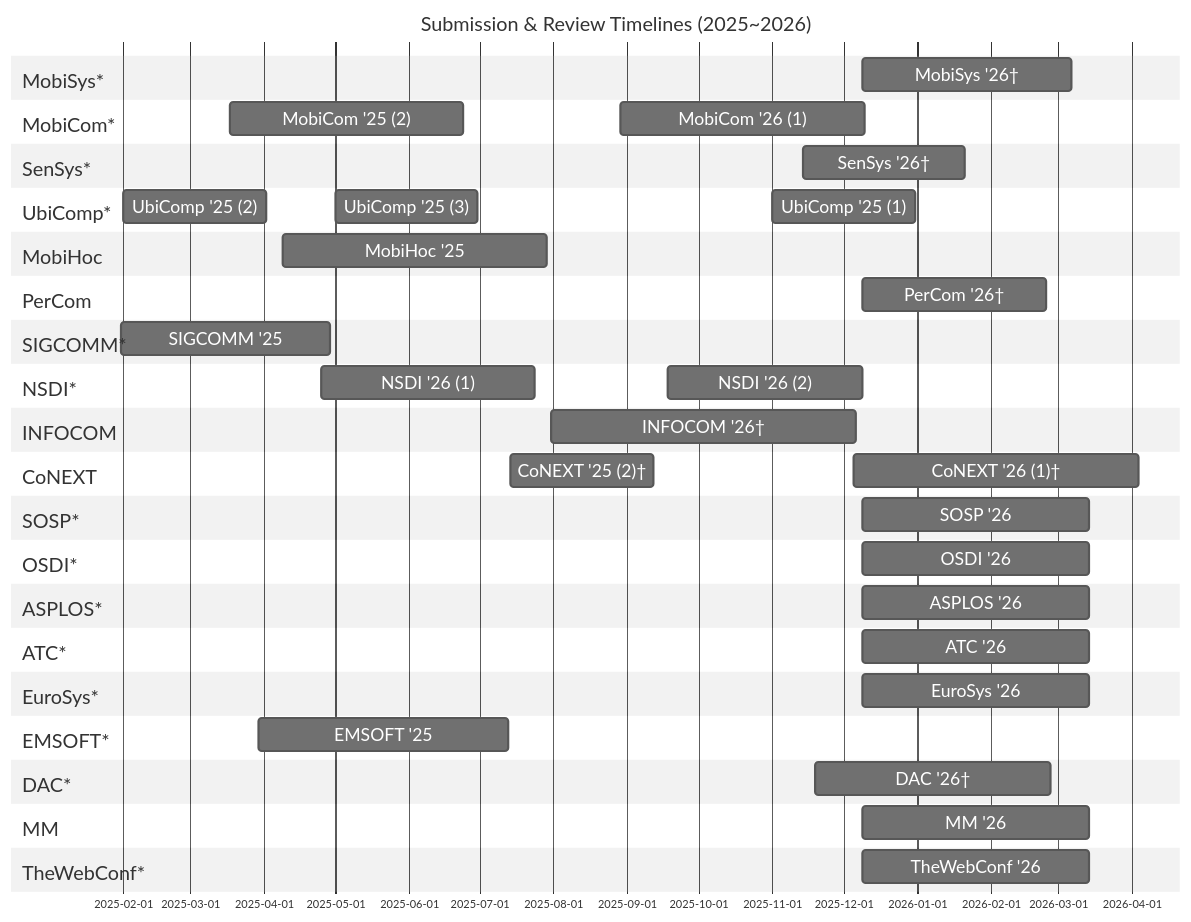
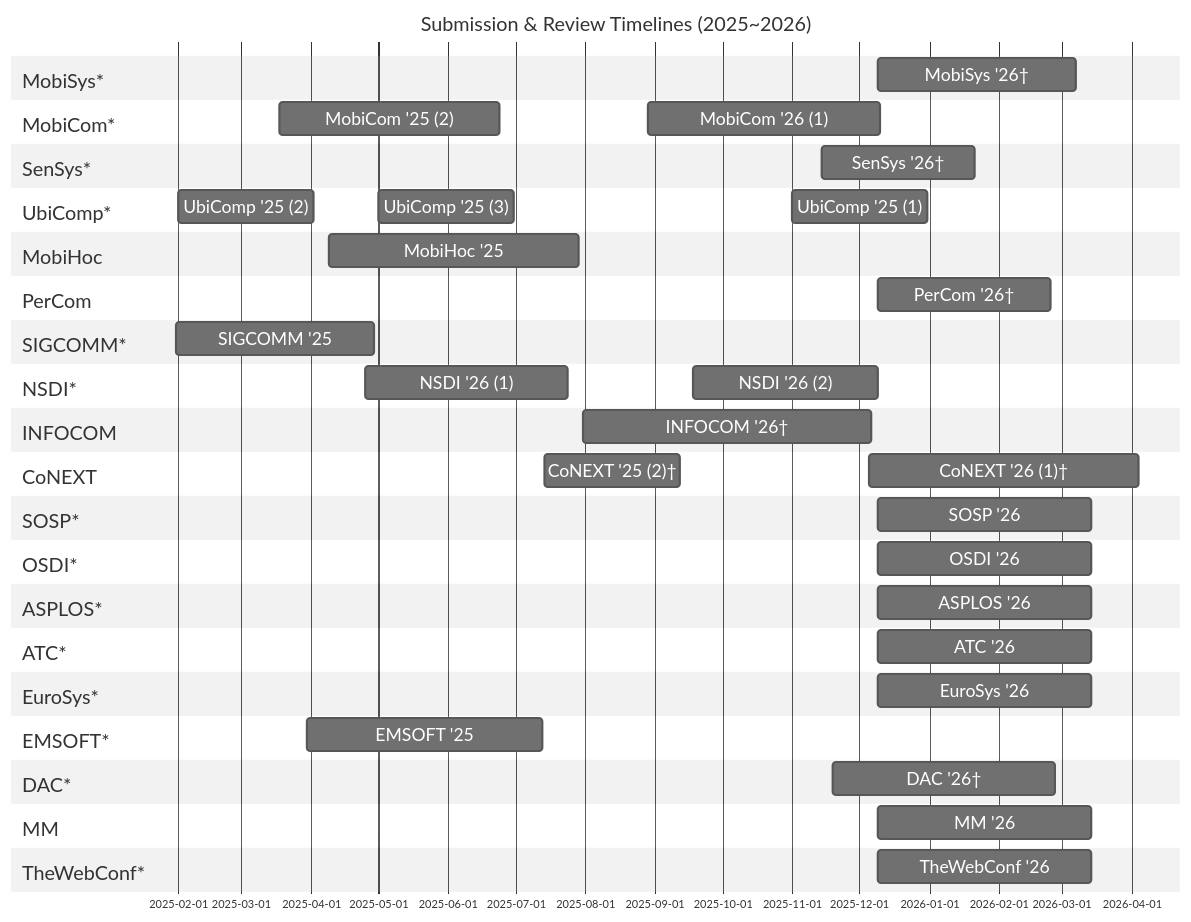
One commit to iamseonghoon/Mobile-Systems-Conference-Timelines changed the diagram in README.md. Above: the diagram before and after it, drawn with Mermaid.

```diff
--- a/README.md
+++ b/README.md
@@ -12,7 +12,7 @@
 "gantt": {
       "fontSize": 16,
       "sectionFontSize": 18,
-      "leftPadding": 100,
+      "leftPadding": 150,
       "displayMode": "compact",
       "barHeight": 30,
       "barGap": 10
```
